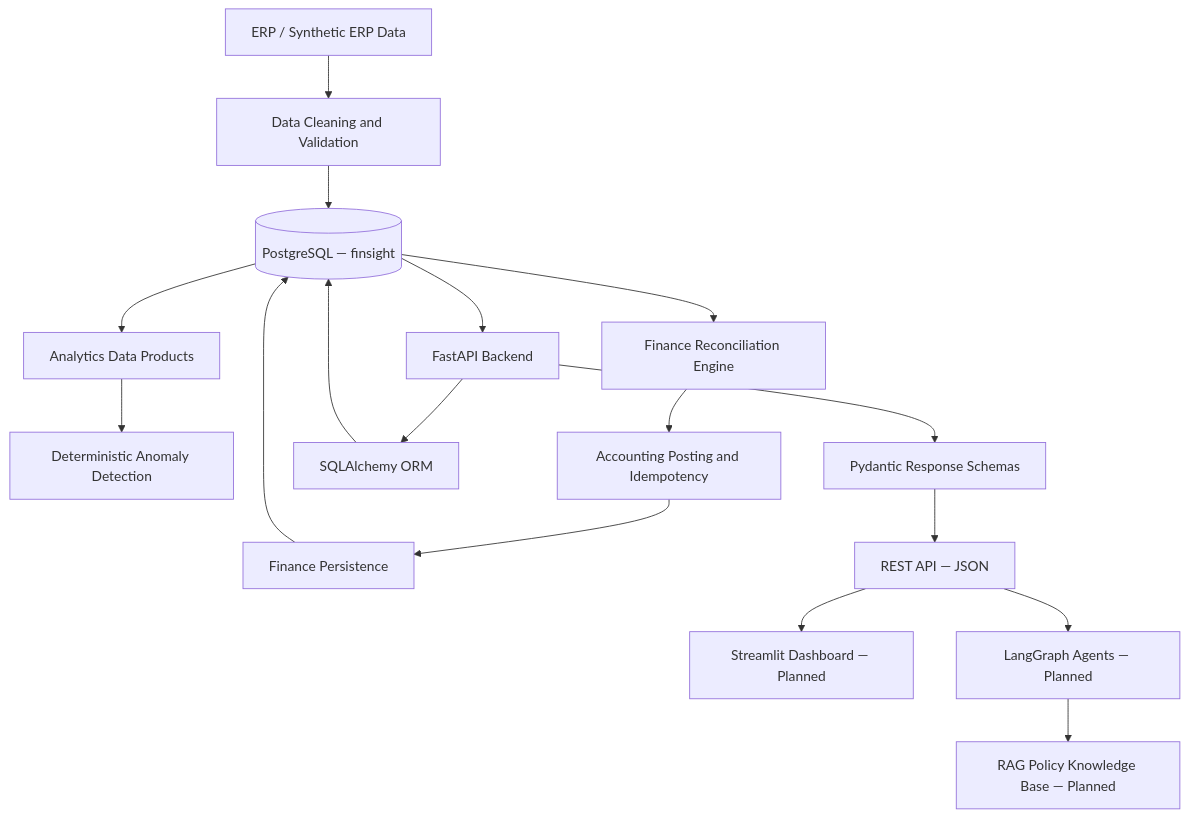
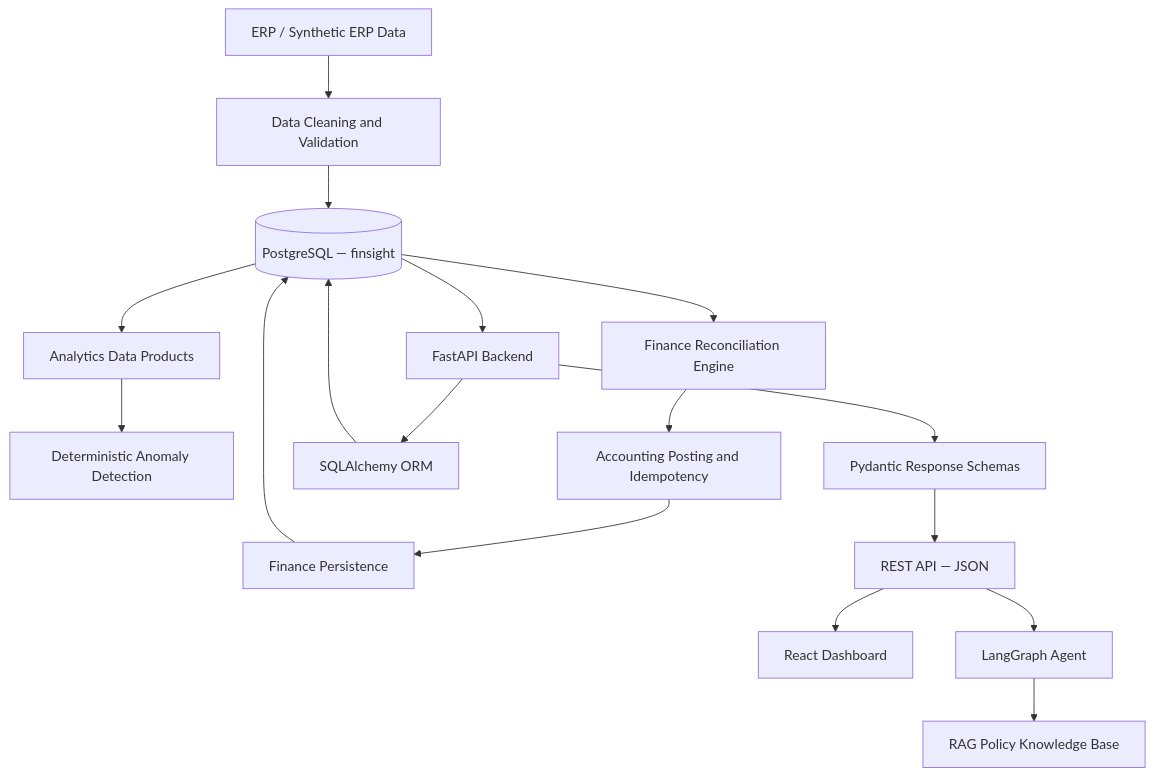
The first of 6 diagrams in README.md (OjusGupta/Finsight), drawn with Mermaid before and after one commit. The commit also changed other lines of this file and 67 other files, not shown here.

````diff
--- a/README.md
+++ b/README.md
@@ -110,19 +101,19 @@
 ```mermaid
 flowchart TD
     A[ERP / Synthetic ERP Data] --> B[Data Cleaning and Validation]
     B --> C[(PostgreSQL — finsight)]
     C --> D[Analytics Data Products]
     D --> E[Deterministic Anomaly Detection]
     C --> F[Finance Reconciliation Engine]
     F --> G[Accounting Posting and Idempotency]
     G --> H[Finance Persistence]
     H --> C
     C --> I[FastAPI Backend]
     I --> J[SQLAlchemy ORM]
     J --> C
     I --> K[Pydantic Response Schemas]
     K --> L[REST API — JSON]
-    L --> M[Streamlit Dashboard — Planned]
-    L --> N[LangGraph Agents — Planned]
-    N --> O[RAG Policy Knowledge Base — Planned]
+    L --> M[React Dashboard]
+    L --> N[LangGraph Agent]
+    N --> O[RAG Policy Knowledge Base]
 ```
````
